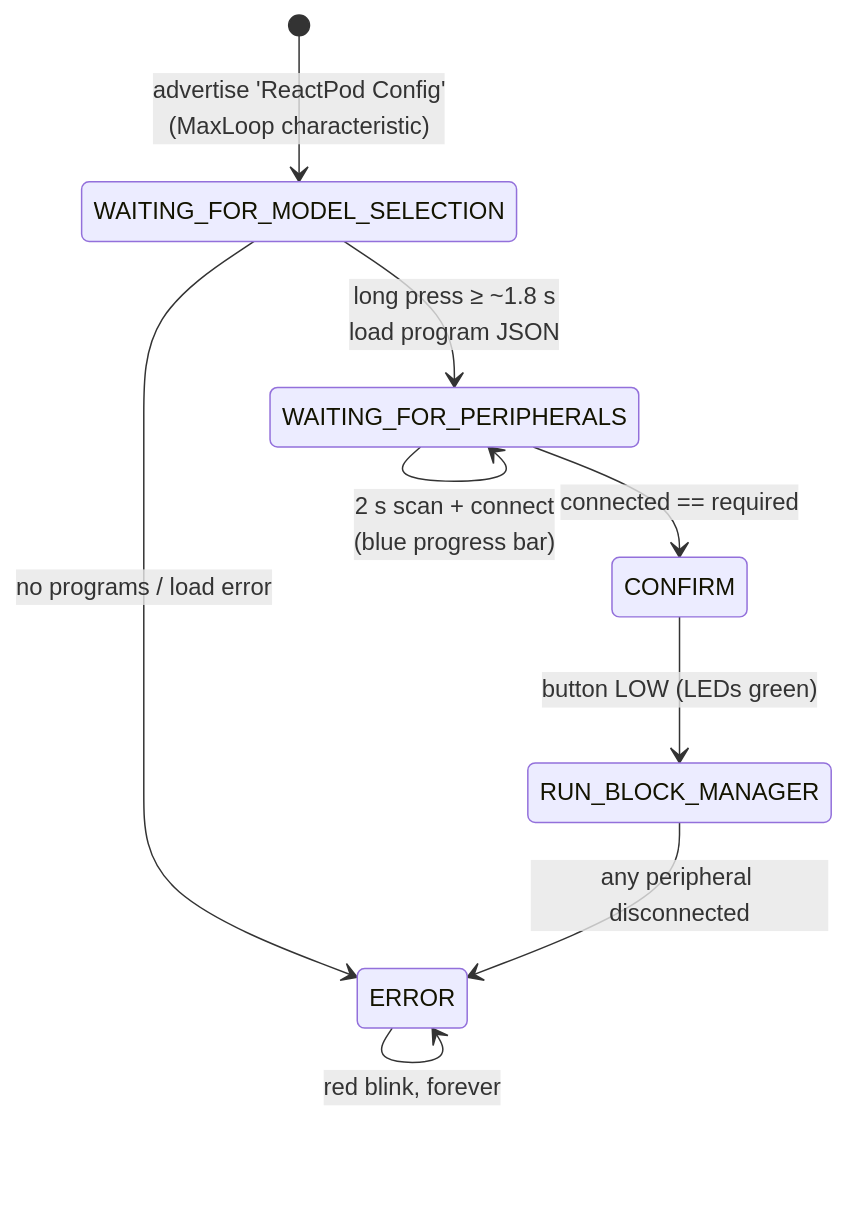
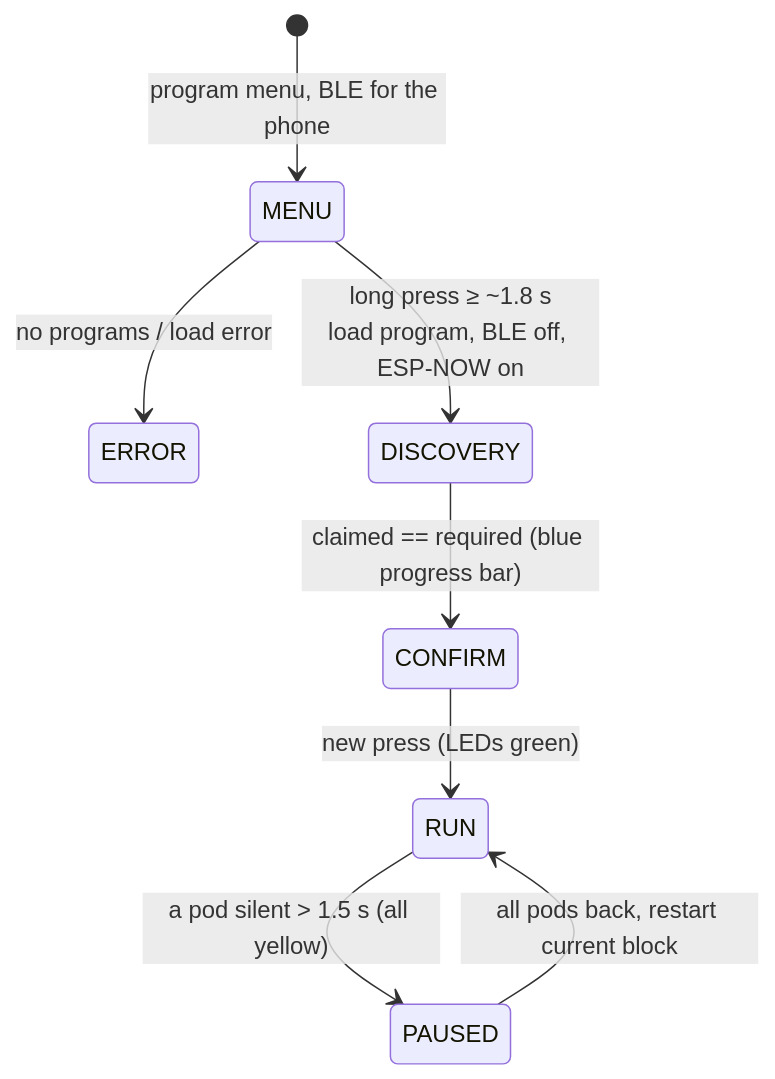
One commit to RunningJoke/reactionButton changed the fourth of 4 diagrams in doc/architecture.md. Above: the diagram before and after it, drawn with Mermaid. The commit also changed other lines of this file and 11 other files, not shown here.

First line of the commit message:
Update documentation for ESP-NOW, sync, config API and testing

````diff
--- a/doc/architecture.md
+++ b/doc/architecture.md
@@ -136,11 +151,10 @@
 ```mermaid
 stateDiagram-v2
-    [*] --> WAITING_FOR_MODEL_SELECTION : advertise 'ReactPod Config'<br/>(MaxLoop characteristic)
-    WAITING_FOR_MODEL_SELECTION --> ERROR : no programs / load error
-    WAITING_FOR_MODEL_SELECTION --> WAITING_FOR_PERIPHERALS : long press ≥ ~1.8 s<br/>load program JSON
-    WAITING_FOR_PERIPHERALS --> WAITING_FOR_PERIPHERALS : 2 s scan + connect<br/>(blue progress bar)
-    WAITING_FOR_PERIPHERALS --> CONFIRM : connected == required
-    CONFIRM --> RUN_BLOCK_MANAGER : button LOW (LEDs green)
-    RUN_BLOCK_MANAGER --> ERROR : any peripheral disconnected
-    ERROR --> ERROR : red blink, forever
+    [*] --> MENU : program menu, BLE for the phone
+    MENU --> ERROR : no programs / load error
+    MENU --> DISCOVERY : long press ≥ ~1.8 s<br/>load program, BLE off, ESP-NOW on
+    DISCOVERY --> CONFIRM : claimed == required (blue progress bar)
+    CONFIRM --> RUN : new press (LEDs green)
+    RUN --> PAUSED : a pod silent > 1.5 s (all yellow)
+    PAUSED --> RUN : all pods back, restart current block
 ```
````
